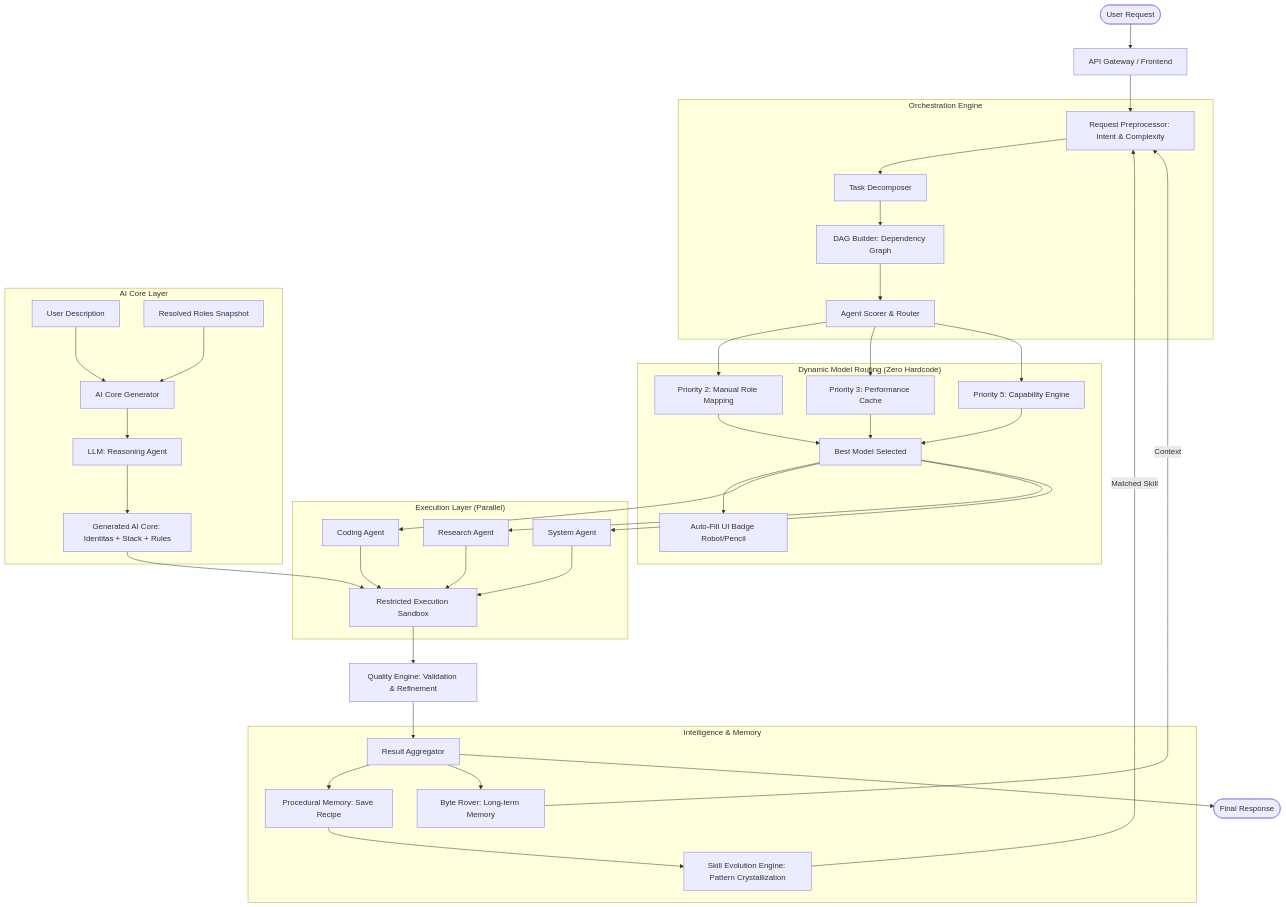
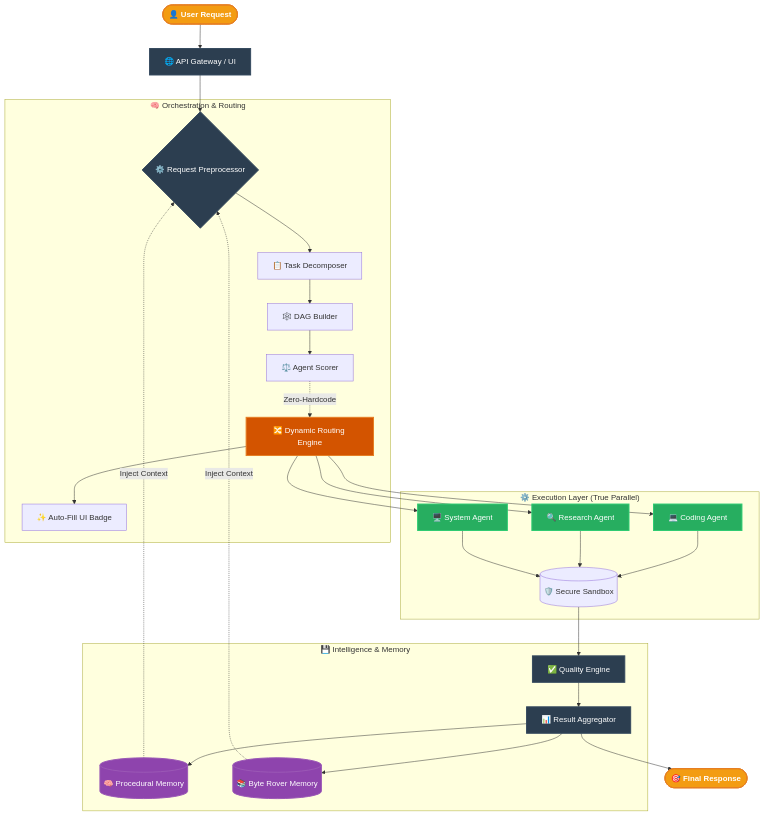
One commit to maztfajar/ai-super changed the diagram in README.md. Above: the diagram before and after it, drawn with Mermaid. The commit also changed other lines of this file, not shown here.

Commit message:
docs: update architecture diagram and installation instructions for port 7860 and admin authentication

````diff
--- a/README.md
+++ b/README.md
@@ -52,54 +52,44 @@
 ```mermaid
 graph TD
-    User([User Request]) --> Gateway[API Gateway / Frontend]
-    Gateway --> Preprocessor[Request Preprocessor: Intent & Complexity]
+    %% Styling
+    classDef userNode fill:#f39c12,stroke:#e67e22,stroke-width:2px,color:#fff,font-weight:bold;
+    classDef coreEngine fill:#2c3e50,stroke:#34495e,stroke-width:2px,color:#fff;
+    classDef execution fill:#27ae60,stroke:#2ecc71,stroke-width:2px,color:#fff;
+    classDef memory fill:#8e44ad,stroke:#9b59b6,stroke-width:2px,color:#fff;
+    classDef routing fill:#d35400,stroke:#e67e22,stroke-width:2px,color:#fff;
+    
+    User([👤 User Request]):::userNode --> Gateway[🌐 API Gateway / UI]:::coreEngine
+    Gateway --> Preprocessor{⚙️ Request Preprocessor}:::coreEngine
 
-    subgraph Orchestration["Orchestration Engine"]
-        Preprocessor --> Decomposer[Task Decomposer]
-        Decomposer --> DAG[DAG Builder: Dependency Graph]
-        DAG --> Scorer[Agent Scorer & Router]
+    subgraph "🧠 Orchestration & Routing"
+        Preprocessor --> Decomposer[📋 Task Decomposer]
+        Decomposer --> DAG[🕸️ DAG Builder]
+        DAG --> Scorer[⚖️ Agent Scorer]
+        
+        Scorer -.->|Zero-Hardcode| RoutingEngine[🔀 Dynamic Routing Engine]:::routing
+        RoutingEngine --> AutoFill[✨ Auto-Fill UI Badge]
     end
 
-    subgraph Routing["Dynamic Model Routing (Zero Hardcode)"]
-        Scorer --> P2[Priority 2: Manual Role Mapping]
-        Scorer --> P3[Priority 3: Performance Cache]
-        Scorer --> P5[Priority 5: Capability Engine]
+    subgraph "⚙️ Execution Layer (True Parallel)"
+        RoutingEngine --> Agent1[💻 Coding Agent]:::execution
+        RoutingEngine --> Agent2[🔍 Research Agent]:::execution
+        RoutingEngine --> Agent3[🖥️ System Agent]:::execution
         
-        P2 --> ModelSelect[Best Model Selected]
-        P3 --> ModelSelect
-        P5 --> ModelSelect
-        
-        ModelSelect --> AutoFill[Auto-Fill UI Badge Robot/Pencil]
-    end
-
-    subgraph Execution["Execution Layer (Parallel)"]
-        ModelSelect --> Agent1[Coding Agent]
-        ModelSelect --> Agent2[Research Agent]
-        ModelSelect --> Agent3[System Agent]
-        
-        Agent1 --> Sandbox[Restricted Execution Sandbox]
+        Agent1 --> Sandbox[(🛡️ Secure Sandbox)]
         Agent2 --> Sandbox
         Agent3 --> Sandbox
     end
 
-    subgraph CoreLayer["AI Core Layer"]
-        UserDesc[User Description] --> CoreGen[AI Core Generator]
-        RoleMap[Resolved Roles Snapshot] --> CoreGen
-        CoreGen --> LLM[LLM: Reasoning Agent]
-        LLM --> AiCore["Generated AI Core: Identitas + Stack + Rules"]
-        AiCore --> Sandbox
+    subgraph "💾 Intelligence & Memory"
+        Sandbox --> Quality[✅ Quality Engine]:::coreEngine
+        Quality --> Aggregator[📊 Result Aggregator]:::coreEngine
+        
+        Aggregator --> PM[(🧠 Procedural Memory)]:::memory
+        Aggregator --> BR[(📚 Byte Rover Memory)]:::memory
+        
+        PM -.->|Inject Context| Preprocessor
+        BR -.->|Inject Context| Preprocessor
     end
 
-    Sandbox --> Quality[Quality Engine: Validation & Refinement]
-    Quality --> Aggregator[Result Aggregator]
-
-    subgraph Intelligence["Intelligence & Memory"]
-        Aggregator --> PM[Procedural Memory: Save Recipe]
-        PM --> SE[Skill Evolution Engine: Pattern Crystallization]
-        SE -- Matched Skill --> Preprocessor
-        Aggregator --> BR[Byte Rover: Long-term Memory]
-        BR -- Context --> Preprocessor
-    end
-
-    Aggregator --> Response([Final Response])
+    Aggregator --> FinalResponse([🎯 Final Response]):::userNode
 ```
````
